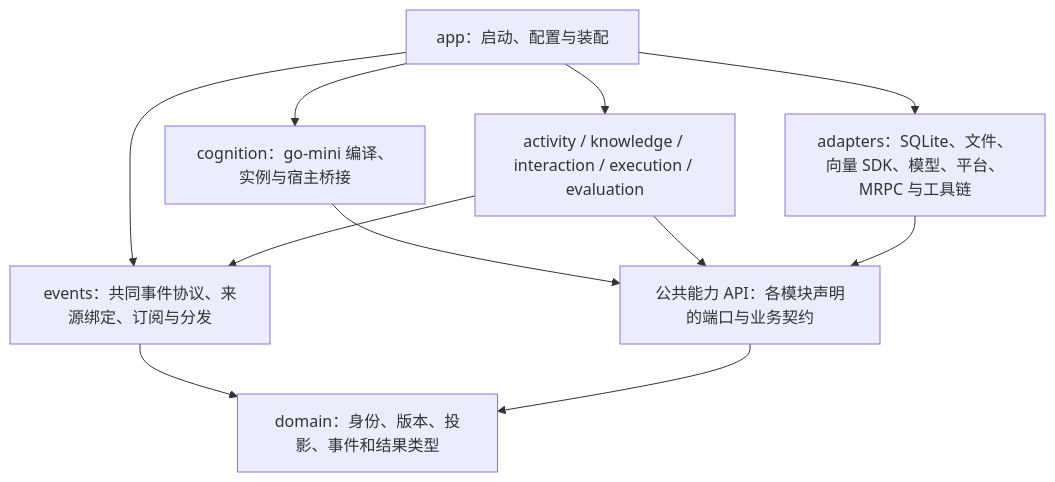
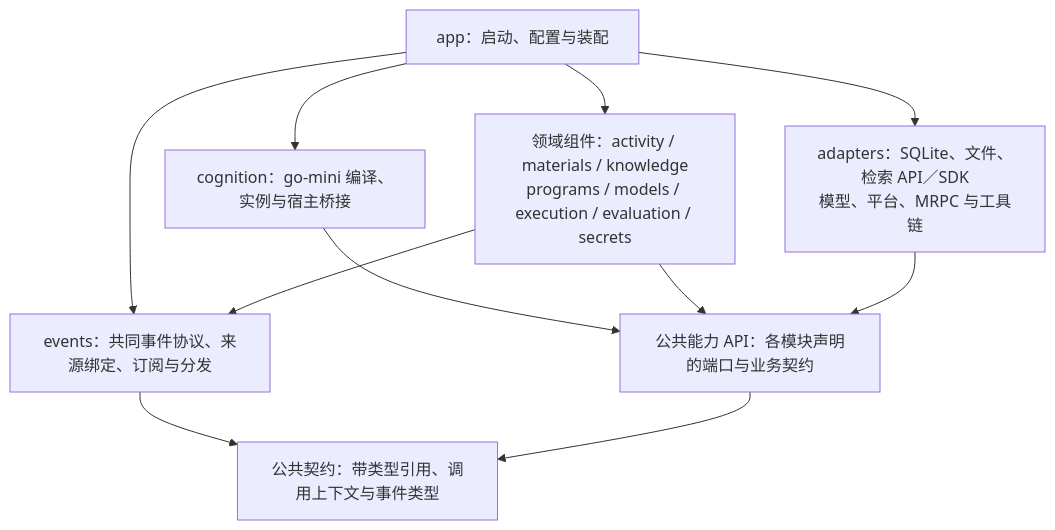
The second of 2 diagrams in docs/engineering-reference.md (d7z-project/TinyAGI), drawn with Mermaid before and after one commit. The commit also changed other lines of this file and 30 other files, not shown here.

````diff
--- a/docs/engineering-reference.md
+++ b/docs/engineering-reference.md
@@ -122,20 +122,20 @@
 ```mermaid
 flowchart TB
     App["app：启动、配置与装配"]
     Cog["cognition：go-mini 编译、实例与宿主桥接"]
-    Core["activity / knowledge / interaction / execution / evaluation"]
+    Core["领域组件：activity / materials / knowledge<br/>programs / models / execution / evaluation / secrets"]
     Events["events：共同事件协议、来源绑定、订阅与分发"]
     Ports["公共能力 API：各模块声明的端口与业务契约"]
-    Adapter["adapters：SQLite、文件、向量 SDK、模型、平台、MRPC 与工具链"]
-    Domain["domain：身份、版本、投影、事件和结果类型"]
+    Adapter["adapters：SQLite、文件、检索 API／SDK<br/>模型、平台、MRPC 与工具链"]
+    Domain["公共契约：带类型引用、调用上下文与事件类型"]
     App --> Cog
     App --> Core
     App --> Events
     App --> Adapter
     Cog --> Ports
     Core --> Ports
     Core --> Events
     Events --> Domain
     Adapter --> Ports
     Ports --> Domain
 ```
````
